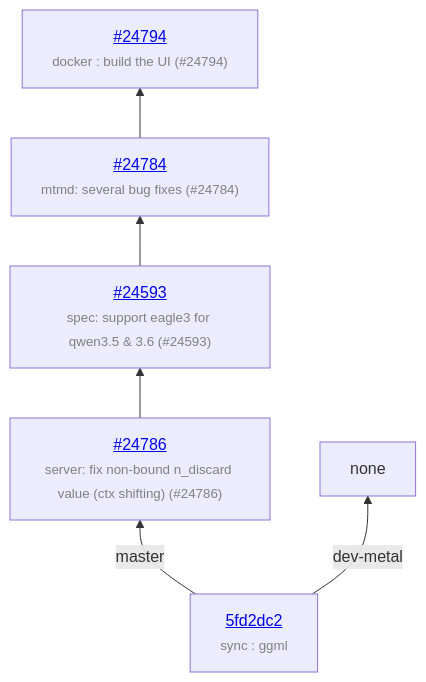
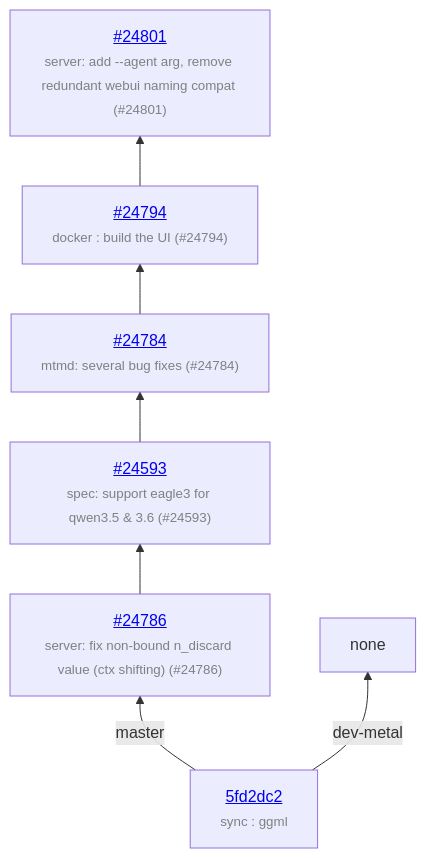
One commit to ggml-org/llama.cpp-dev changed the diagram in README.md. Above: the diagram before and after it, drawn with Mermaid. The commit also changed other lines of this file and 1 other file, not shown here.

Commit message:
auto: update

````diff
--- a/README.md
+++ b/README.md
@@ -13,13 +13,15 @@
 ```mermaid
 graph BT
     COMMON["<a href='https://github.com/ggml-org/llama.cpp/commit/5fd2dc2c41c342a75c26f9756ca6b1814ed05fb4'>5fd2dc2</a><br/><span style="font-size:smaller;color:gray">sync : ggml</span>"]
     COMMON -->|master| C_159d093
     C_159d093["<a href='https://github.com/ggml-org/llama.cpp/pull/24786'>#24786</a><br/><span style="font-size:smaller;color:gray">server: fix non-bound n_discard value (ctx shifting) (#24786)</span>"]
     C_159d093 --> C_b14e3fb
     C_b14e3fb["<a href='https://github.com/ggml-org/llama.cpp/pull/24593'>#24593</a><br/><span style="font-size:smaller;color:gray">spec: support eagle3 for qwen3.5 & 3.6 (#24593)</span>"]
     C_b14e3fb --> C_e2e7a9b
     C_e2e7a9b["<a href='https://github.com/ggml-org/llama.cpp/pull/24784'>#24784</a><br/><span style="font-size:smaller;color:gray">mtmd: several bug fixes (#24784)</span>"]
     C_e2e7a9b --> C_38724ab
     C_38724ab["<a href='https://github.com/ggml-org/llama.cpp/pull/24794'>#24794</a><br/><span style="font-size:smaller;color:gray">docker : build the UI (#24794)</span>"]
+    C_38724ab --> C_8c2d6f6
+    C_8c2d6f6["<a href='https://github.com/ggml-org/llama.cpp/pull/24801'>#24801</a><br/><span style="font-size:smaller;color:gray">server: add --agent arg, remove redundant webui naming compat (#24801)</span>"]
     COMMON -->|dev-metal| none
 ```
````
